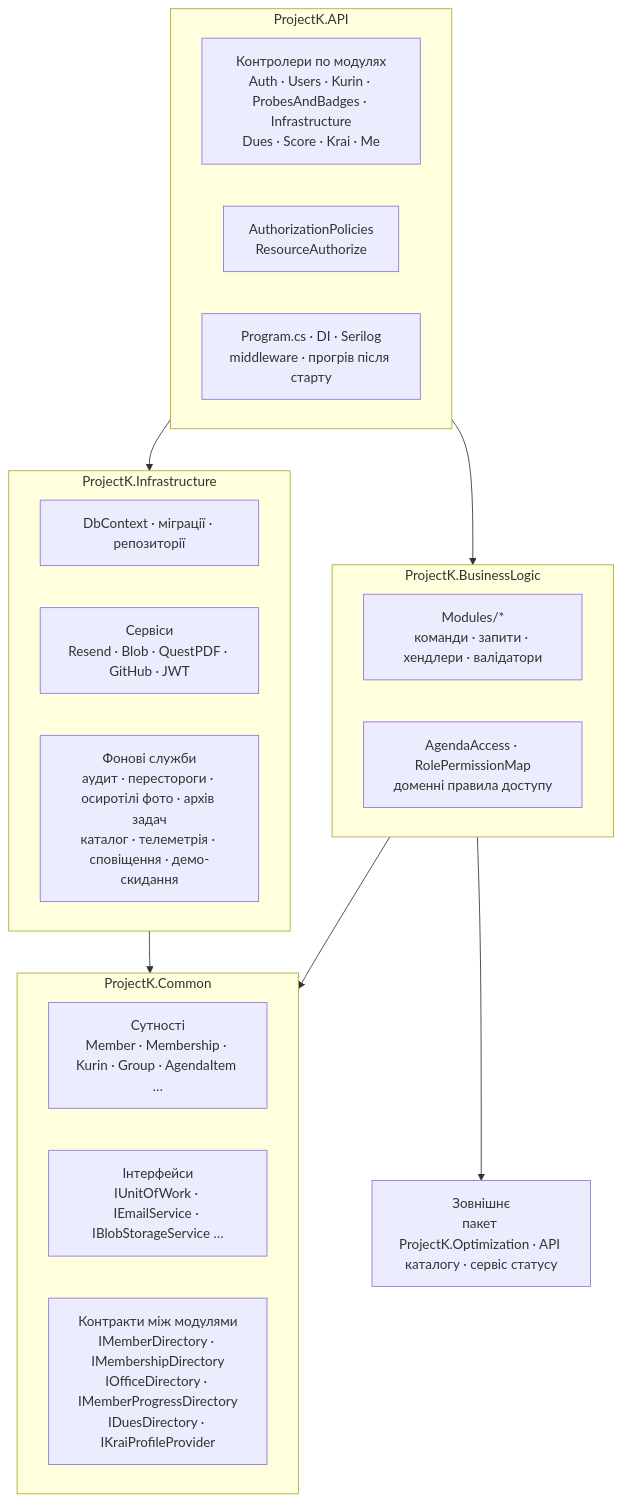
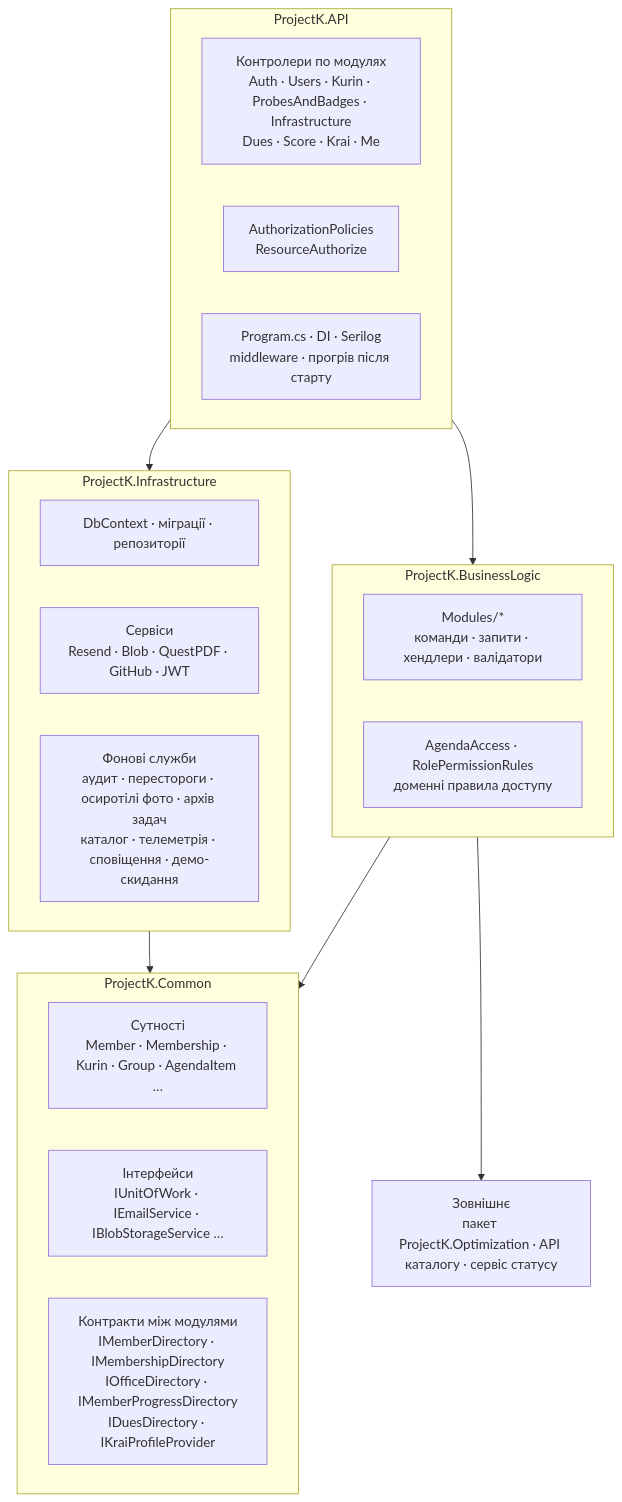
One commit to lileyka-app/Project-K changed the third of 4 diagrams in docs/dev/core/architecture-diagrams.md. Above: the diagram before and after it, drawn with Mermaid. The commit also changed 12 other files, not shown here.

````diff
--- a/docs/dev/core/architecture-diagrams.md
+++ b/docs/dev/core/architecture-diagrams.md
@@ -105,37 +105,37 @@
 ```mermaid
 flowchart TB
     subgraph API["ProjectK.API"]
         direction LR
         CTRL["Контролери по модулях<br/>Auth · Users · Kurin · ProbesAndBadges · Infrastructure<br/>Dues · Score · Krai · Me"]
         POL["AuthorizationPolicies<br/>ResourceAuthorize"]
         DI["Program.cs · DI · Serilog<br/>middleware · прогрів після старту"]
     end
 
     subgraph BL["ProjectK.BusinessLogic"]
         direction LR
         MODS["Modules/*<br/>команди · запити · хендлери · валідатори"]
-        ACCESS["AgendaAccess · RolePermissionMap<br/>доменні правила доступу"]
+        ACCESS["AgendaAccess · RolePermissionRules<br/>доменні правила доступу"]
     end
 
     subgraph COMMON["ProjectK.Common"]
         direction LR
         ENT["Сутності<br/>Member · Membership · Kurin · Group · AgendaItem …"]
         IFACE["Інтерфейси<br/>IUnitOfWork · IEmailService · IBlobStorageService …"]
         CONTRACTS["Контракти між модулями<br/>IMemberDirectory · IMembershipDirectory<br/>IOfficeDirectory · IMemberProgressDirectory<br/>IDuesDirectory · IKraiProfileProvider"]
     end
 
     subgraph INFRA["ProjectK.Infrastructure"]
         direction LR
         DBC["DbContext · міграції · репозиторії"]
         SVC["Сервіси<br/>Resend · Blob · QuestPDF · GitHub · JWT"]
         BG["Фонові служби<br/>аудит · перестороги · осиротілі фото · архів задач<br/>каталог · телеметрія · сповіщення · демо-скидання"]
     end
 
     EXT["Зовнішнє<br/>пакет ProjectK.Optimization · API каталогу · сервіс статусу"]
 
     API --> BL
     API --> INFRA
     BL --> COMMON
     INFRA --> COMMON
     BL --> EXT
 ```
````
